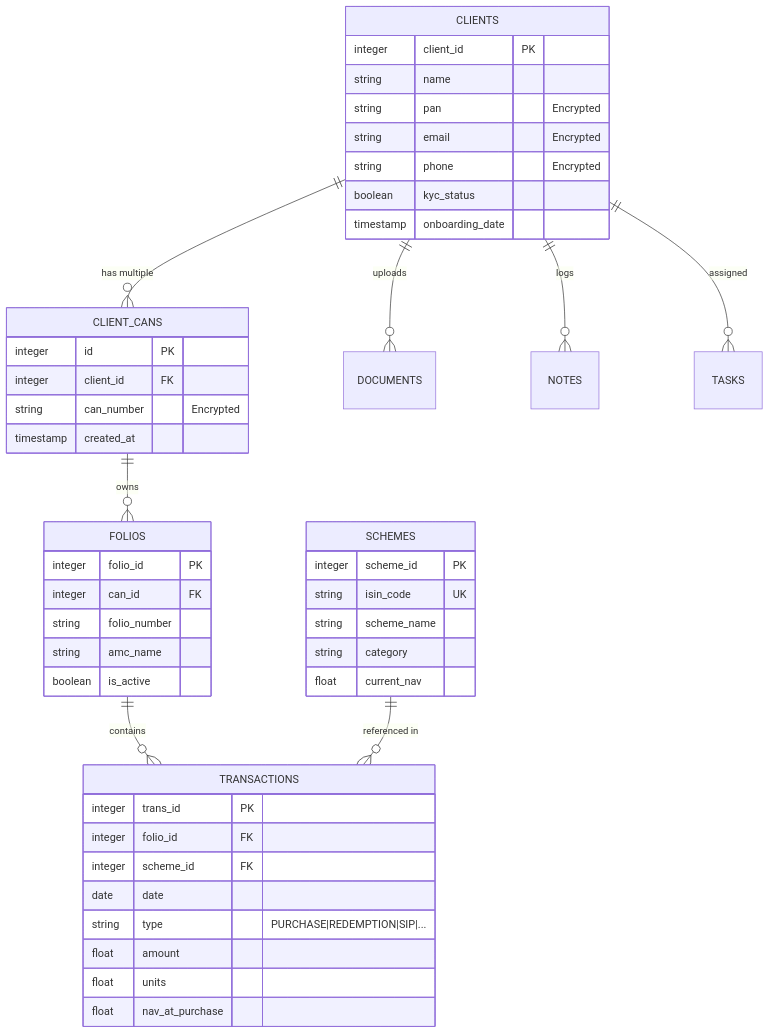
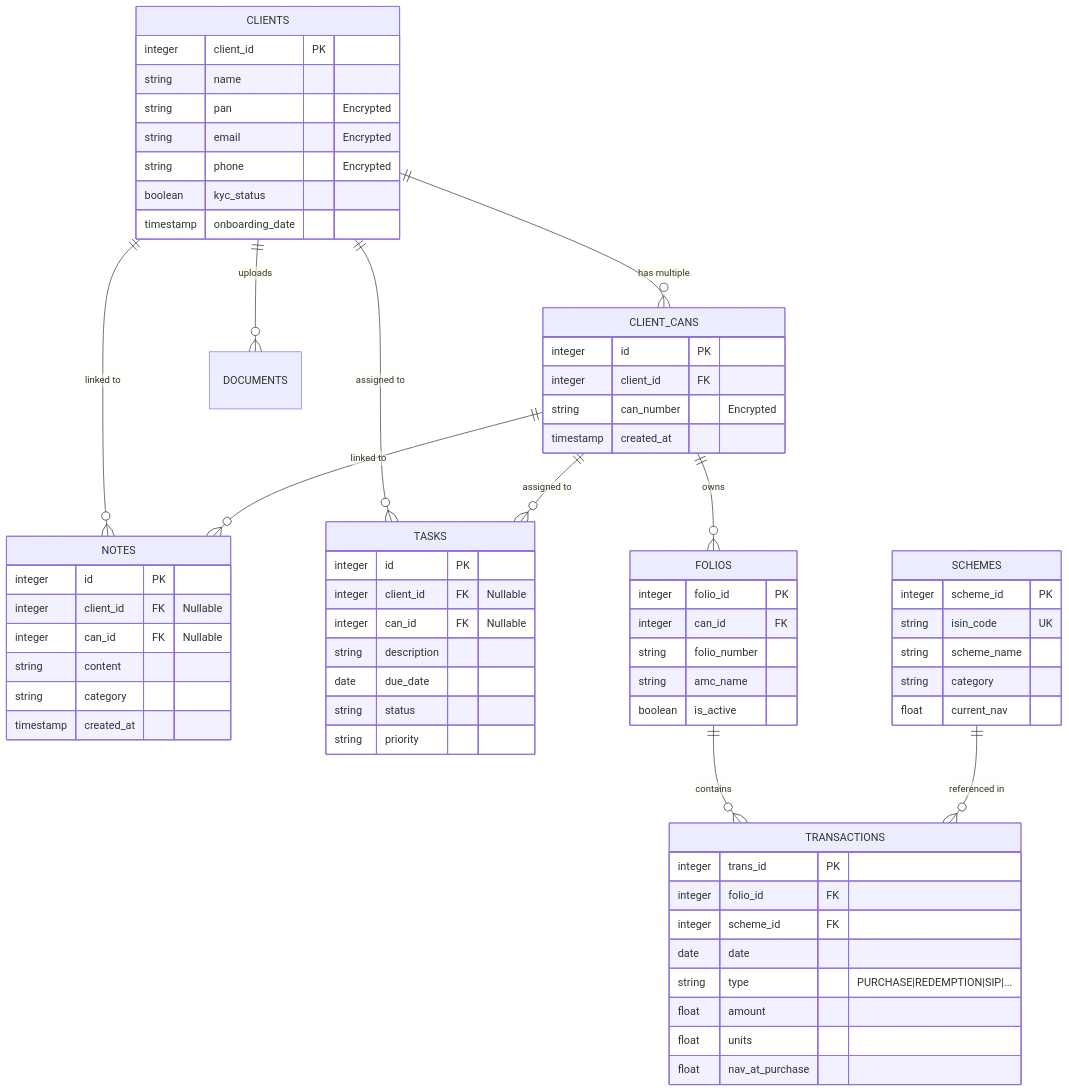
The diagram in DEVELOPER_GUIDE.md (rmaries/Open_MFD_CRM), drawn with Mermaid before and after one commit. The commit also changed other lines of this file and 3 other files, not shown here.

Commit message:
feat: implement multi-linkage for notes and tasks, resolve key collisions, and update docs

````diff
--- a/DEVELOPER_GUIDE.md
+++ b/DEVELOPER_GUIDE.md
@@ -89,54 +89,75 @@
 ```mermaid
 erDiagram
     CLIENTS ||--o{ CLIENT_CANS : "has multiple"
     CLIENTS ||--o{ DOCUMENTS : "uploads"
-    CLIENTS ||--o{ NOTES : "logs"
-    CLIENTS ||--o{ TASKS : "assigned"
+    CLIENTS ||--o{ NOTES : "linked to"
+    CLIENTS ||--o{ TASKS : "assigned to"
+    CLIENT_CANS ||--o{ NOTES : "linked to"
+    CLIENT_CANS ||--o{ TASKS : "assigned to"
     CLIENT_CANS ||--o{ FOLIOS : "owns"
     FOLIOS ||--o{ TRANSACTIONS : "contains"
     SCHEMES ||--o{ TRANSACTIONS : "referenced in"
 
     CLIENTS {
         integer client_id PK
         string name
         string pan "Encrypted"
         string email "Encrypted"
         string phone "Encrypted"
         boolean kyc_status
         timestamp onboarding_date
     }
 
     CLIENT_CANS {
         integer id PK
         integer client_id FK
         string can_number "Encrypted"
         timestamp created_at
     }
 
     FOLIOS {
         integer folio_id PK
         integer can_id FK
         string folio_number
         string amc_name
         boolean is_active
     }
 
     TRANSACTIONS {
         integer trans_id PK
         integer folio_id FK
         integer scheme_id FK
         date date
         string type "PURCHASE|REDEMPTION|SIP|..."
         float amount
         float units
         float nav_at_purchase
     }
 
     SCHEMES {
         integer scheme_id PK
         string isin_code UK
         string scheme_name
         string category
         float current_nav
     }
+
+    NOTES {
+        integer id PK
+        integer client_id FK "Nullable"
+        integer can_id FK "Nullable"
+        string content
+        string category
+        timestamp created_at
+    }
+
+    TASKS {
+        integer id PK
+        integer client_id FK "Nullable"
+        integer can_id FK "Nullable"
+        string description
+        date due_date
+        string status
+        string priority
+    }
 ```
````
